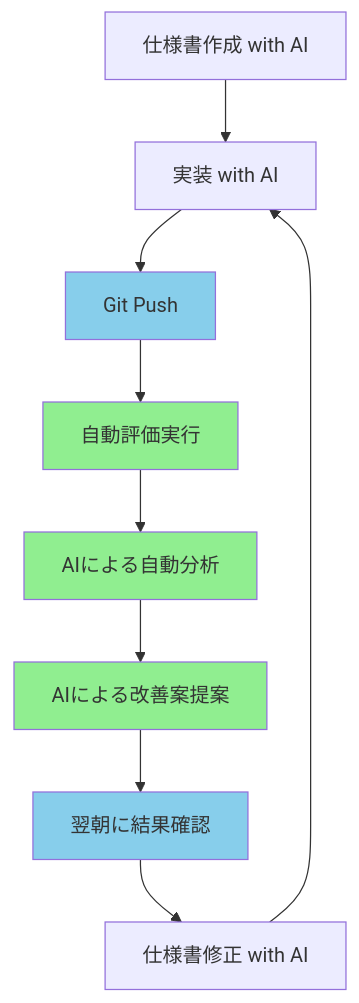
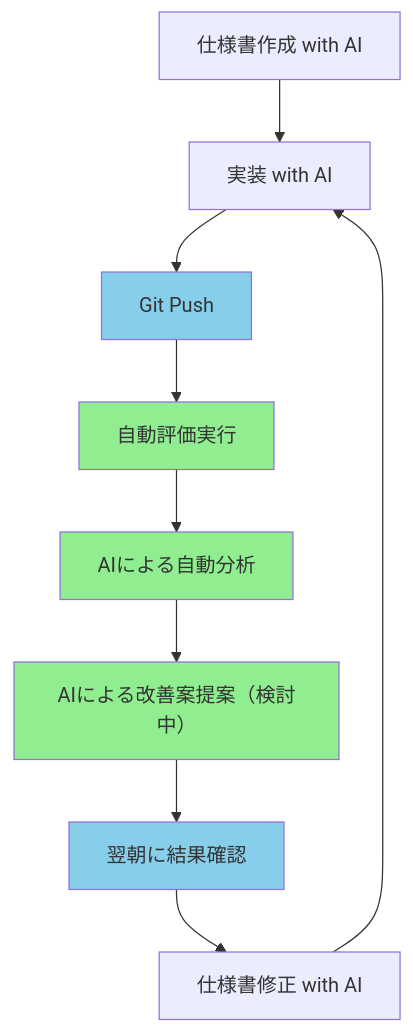
The first of 2 diagrams in README.md (abekoki/Improve_algorithm_development), drawn with Mermaid before and after one commit. The commit also changed other lines of this file and 3 other files, not shown here.

````diff
--- a/README.md
+++ b/README.md
@@ -14,17 +14,17 @@
 ```mermaid
 graph TD
     A[仕様書作成 with AI] --> B[実装 with AI]
     B --> G[Git Push]
     G --> C[自動評価実行]
     C --> D[AIによる自動分析]
-    D --> E[AIによる改善案提案]
+    D --> E[AIによる改善案提案（検討中）]
     E --> H[翌朝に結果確認]
     H --> F[仕様書修正 with AI]
     F --> B
     
     style C fill:#90EE90
     style D fill:#90EE90
     style E fill:#90EE90
     style G fill:#87CEEB
     style H fill:#87CEEB
 ```
````
